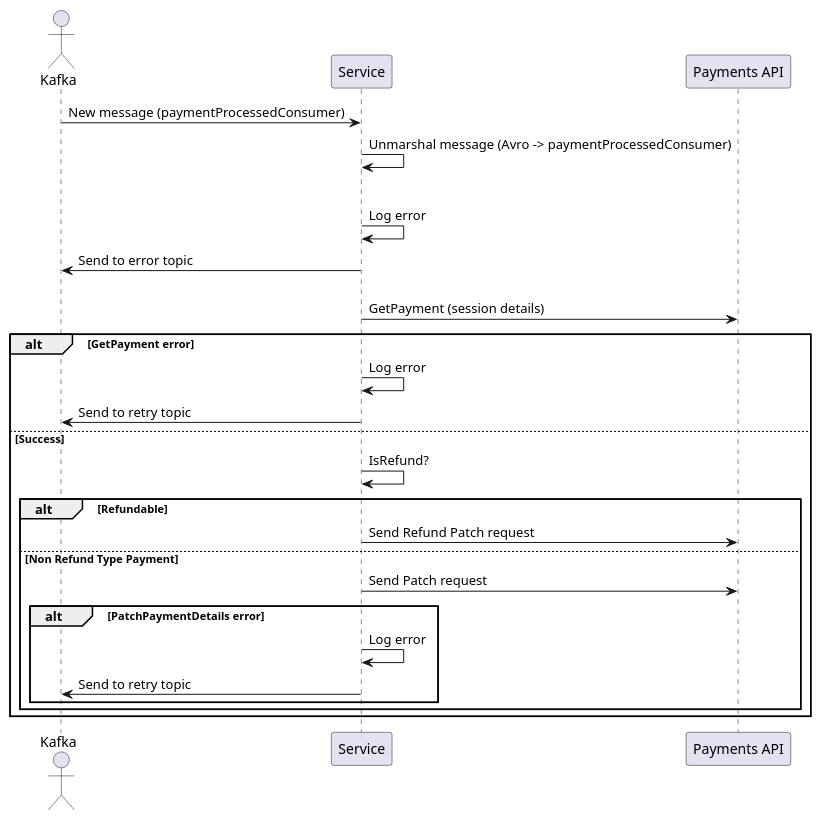
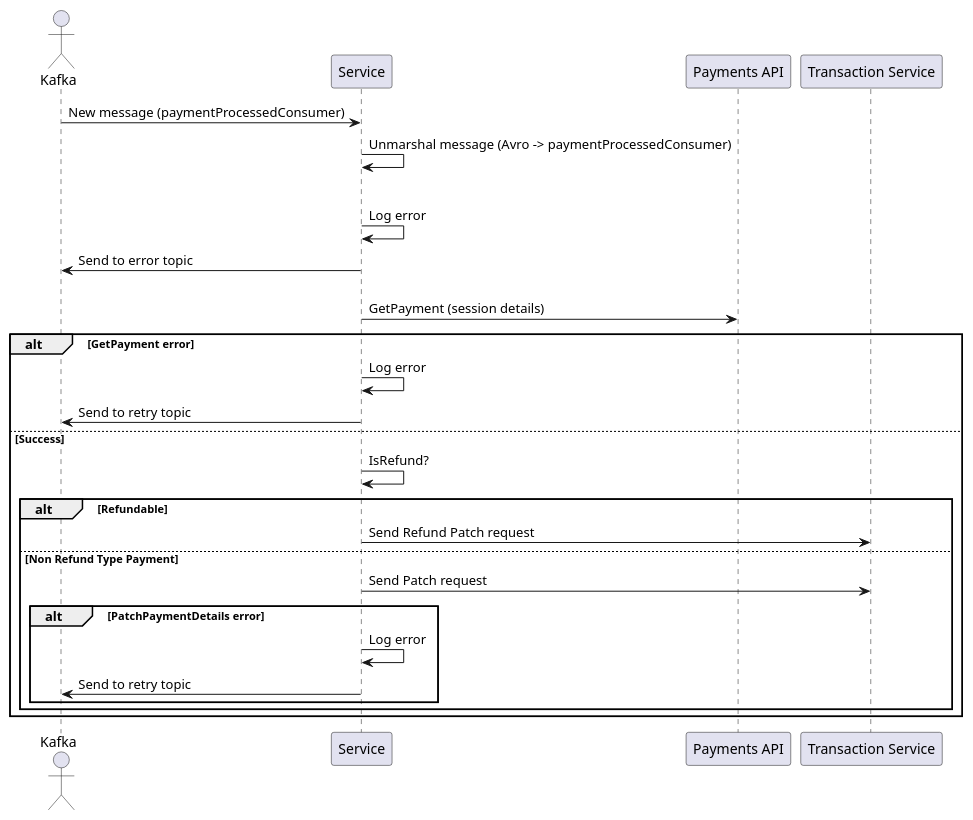
Before and after one commit to companieshouse/payment-processed-consumer-java: the diagram in docs/design/sequence.puml, drawn with PlantUML. The commit also changed 10 other files, not shown here.

```diff
--- a/docs/design/sequence.puml
+++ b/docs/design/sequence.puml
@@ -1,28 +1,29 @@
 @startuml
 actor Kafka
 participant "Service" as S
 participant "Payments API" as API
+participant "Transaction Service" as TXN
 
 Kafka -> S: New message (paymentProcessedConsumer)
 S -> S: Unmarshal message (Avro -> paymentProcessedConsumer)
 alt Unmarshal error
     S -> S: Log error
     S -> Kafka: Send to error topic
 else Success
     S -> API: GetPayment (session details)
     alt GetPayment error
         S -> S: Log error
         S -> Kafka: Send to retry topic
     else Success
         S -> S: IsRefund?
         alt  Refundable
-            S -> API: Send Refund Patch request
+            S -> TXN: Send Refund Patch request
         else Non Refund Type Payment
-            S -> API: Send Patch request
+            S -> TXN: Send Patch request
             alt PatchPaymentDetails error
                 S -> S: Log error
                 S -> Kafka: Send to retry topic
         end
     end
 end
 @enduml
```
